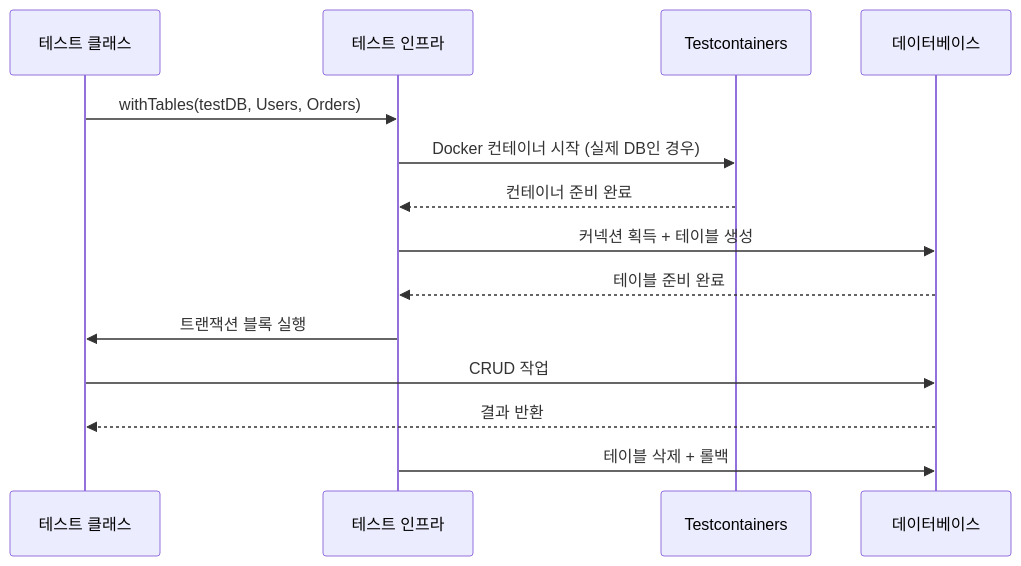
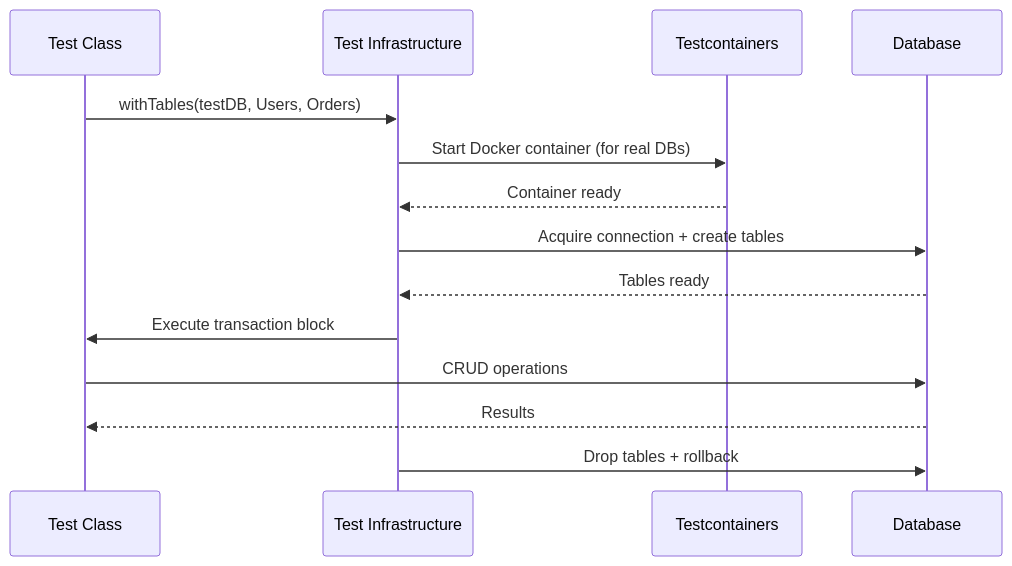
Before and after one commit to bluetape4k/bluetape4k-projects: the second of 2 diagrams in data/exposed-jdbc-tests/README.md, drawn with Mermaid. The commit also changed other lines of this file and 265 other files, not shown here.

````diff
--- a/data/exposed-jdbc-tests/README.md
+++ b/data/exposed-jdbc-tests/README.md
@@ -332,17 +334,17 @@
 ```mermaid
 sequenceDiagram
-    participant Test as 테스트 클래스
-    participant Infra as 테스트 인프라
+    participant Test as Test Class
+    participant Infra as Test Infrastructure
     participant TC as Testcontainers
-    participant DB as 데이터베이스
+    participant DB as Database
 
     Test->>Infra: withTables(testDB, Users, Orders)
-    Infra->>TC: Docker 컨테이너 시작 (실제 DB인 경우)
-    TC-->>Infra: 컨테이너 준비 완료
-    Infra->>DB: 커넥션 획득 + 테이블 생성
-    DB-->>Infra: 테이블 준비 완료
-    Infra->>Test: 트랜잭션 블록 실행
-    Test->>DB: CRUD 작업
-    DB-->>Test: 결과 반환
-    Infra->>DB: 테이블 삭제 + 롤백
+    Infra->>TC: Start Docker container (for real DBs)
+    TC-->>Infra: Container ready
+    Infra->>DB: Acquire connection + create tables
+    DB-->>Infra: Tables ready
+    Infra->>Test: Execute transaction block
+    Test->>DB: CRUD operations
+    DB-->>Test: Results
+    Infra->>DB: Drop tables + rollback
 ```
````
